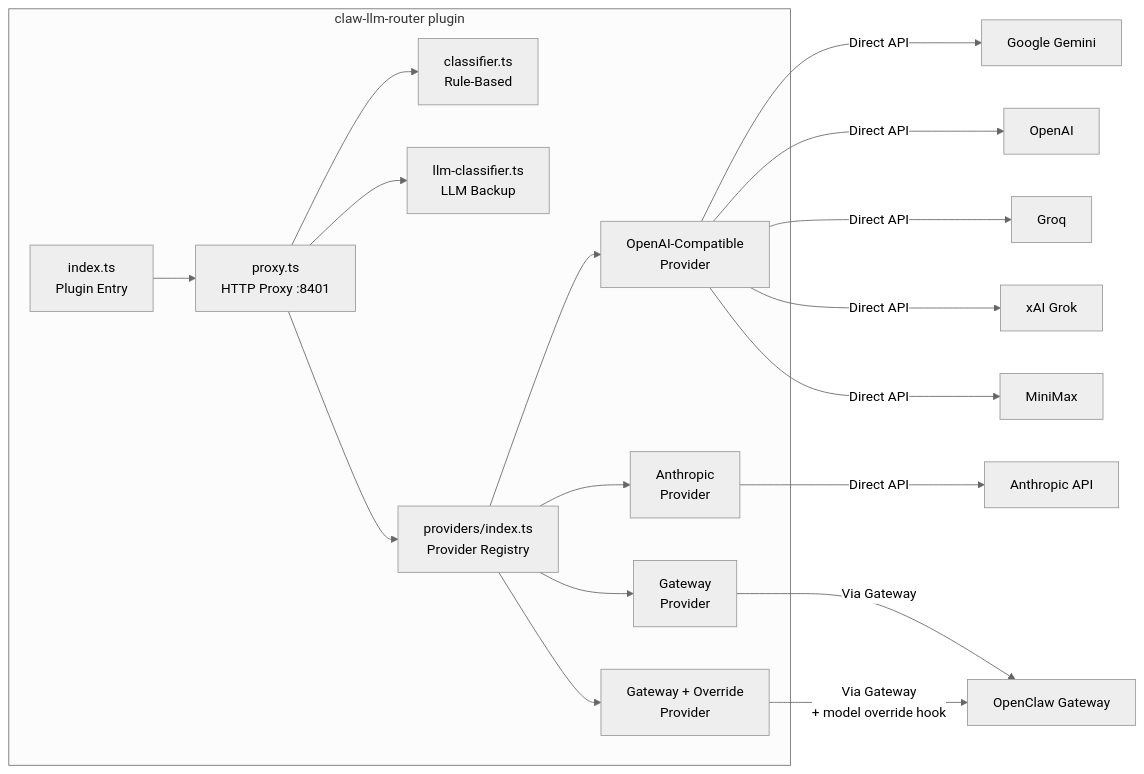
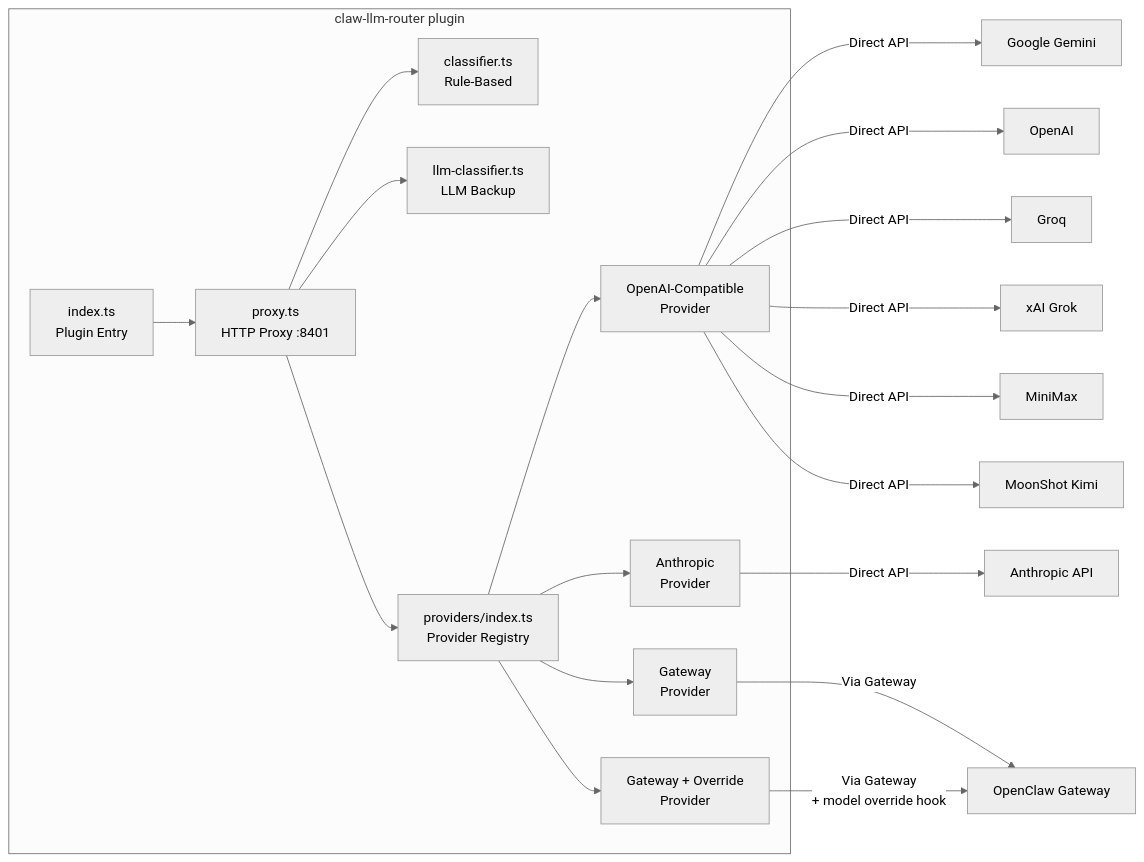
Before and after one commit to donnfelker/claw-llm-router: the second of 3 diagrams in README.md, drawn with Mermaid (neutral theme). The commit also changed other lines of this file and 4 other files, not shown here.

Commit message:
Add MoonShot AI (Kimi 2.5) provider support

````diff
--- a/README.md
+++ b/README.md
@@ -83,22 +83,23 @@
 ```mermaid
 flowchart LR
     subgraph Plugin ["claw-llm-router plugin"]
         IDX[index.ts<br/>Plugin Entry] --> PROXY[proxy.ts<br/>HTTP Proxy :8401]
         PROXY --> CLS[classifier.ts<br/>Rule-Based]
         PROXY --> LLM[llm-classifier.ts<br/>LLM Backup]
         PROXY --> CALL[providers/index.ts<br/>Provider Registry]
         CALL --> OAI[OpenAI-Compatible<br/>Provider]
         CALL --> ANT[Anthropic<br/>Provider]
         CALL --> GW[Gateway<br/>Provider]
         CALL --> GWO[Gateway + Override<br/>Provider]
     end
 
     OAI -->|Direct API| GOOGLE[Google Gemini]
     OAI -->|Direct API| OPENAI[OpenAI]
     OAI -->|Direct API| GROQ[Groq]
     OAI -->|Direct API| XAI[xAI Grok]
     OAI -->|Direct API| MINIMAX[MiniMax]
+    OAI -->|Direct API| MOONSHOT[MoonShot Kimi]
     ANT -->|Direct API| ANTAPI[Anthropic API]
     GW -->|Via Gateway| GWSVC[OpenClaw Gateway]
     GWO -->|Via Gateway<br/>+ model override hook| GWSVC
 ```
````
